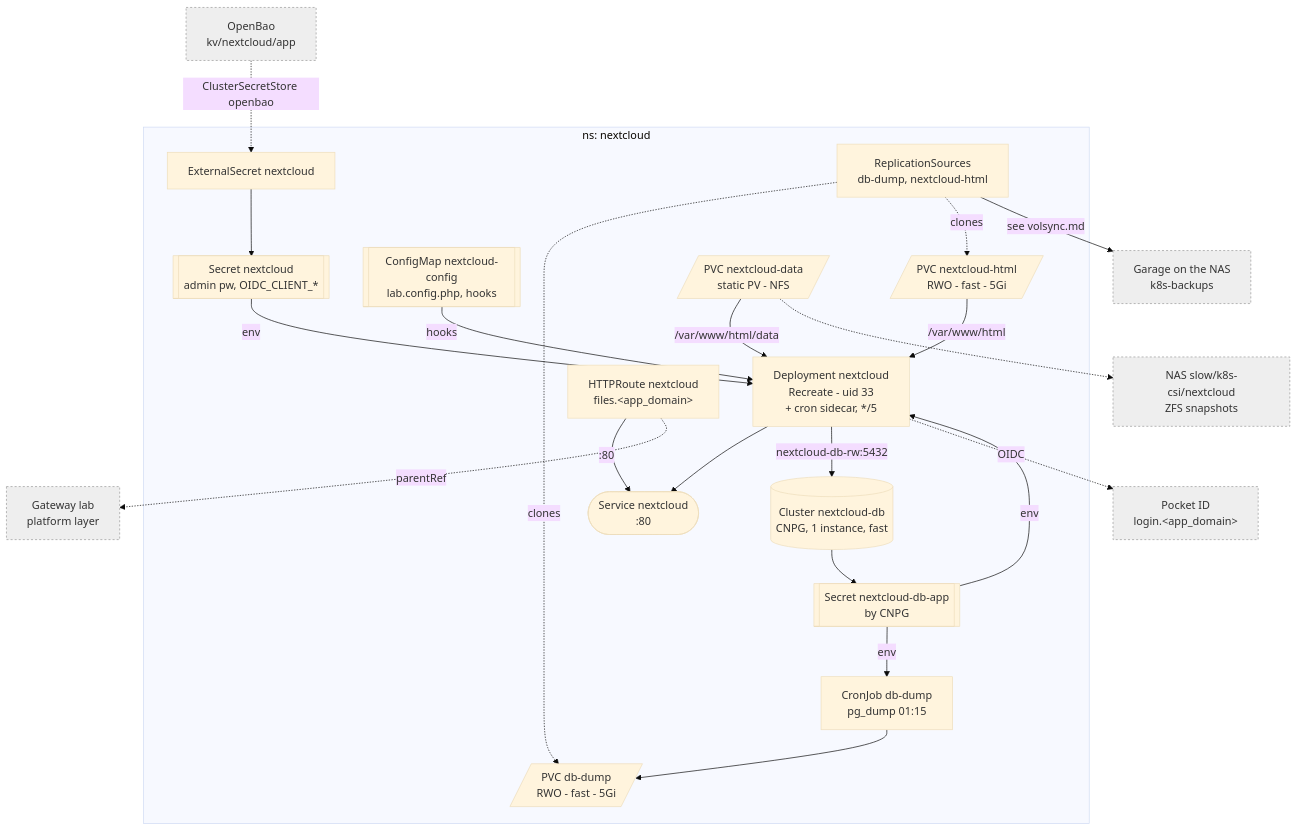
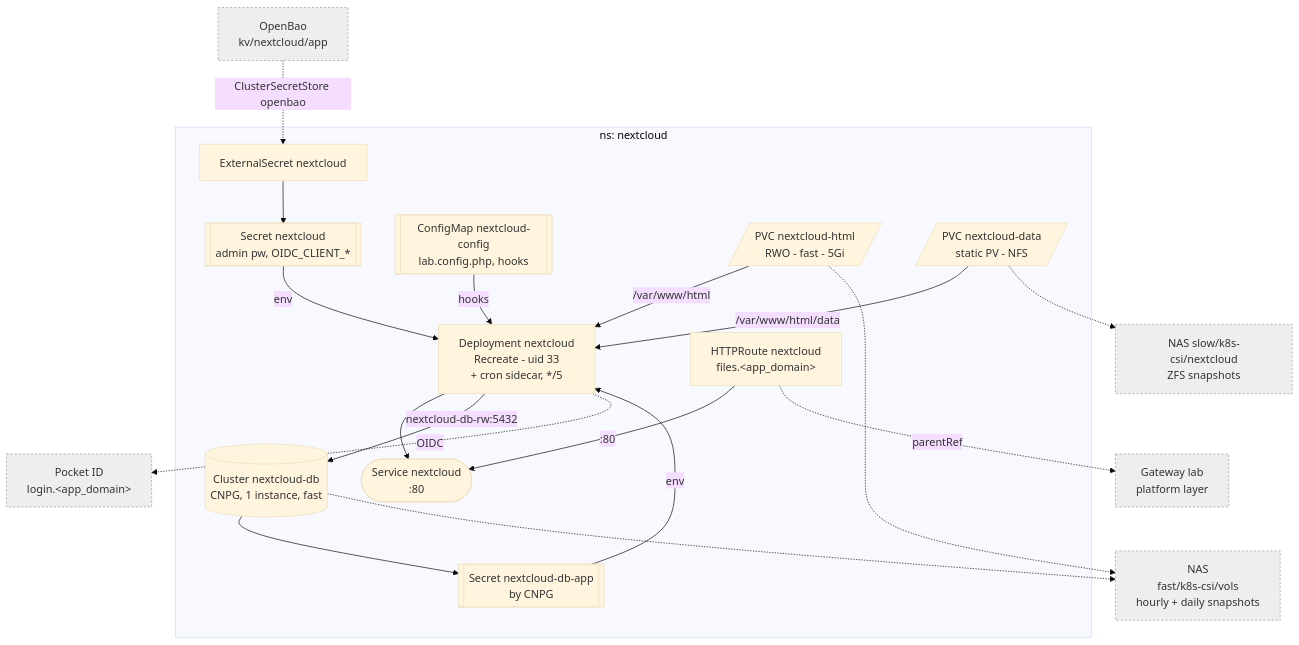
One commit to Sojamann/homelab-apps changed the diagram in docs/nextcloud.md. Above: the diagram before and after it, drawn with Mermaid (base theme). The commit also changed other lines of this file and 38 other files, not shown here.

Commit message:
feat(backups): replace VolSync with NAS ZFS snapshots and replication

````diff
--- a/docs/nextcloud.md
+++ b/docs/nextcloud.md
@@ -7,30 +7,28 @@
 ```mermaid
 graph TD
   subgraph nc["ns: nextcloud"]
     ES["ExternalSecret nextcloud"] --> SEC[["Secret nextcloud<br/>admin pw, OIDC_CLIENT_*"]]
     CM[["ConfigMap nextcloud-config<br/>lab.config.php, hooks"]]
     SRV["Deployment nextcloud<br/>Recreate - uid 33<br/>+ cron sidecar, */5"]
     SVC(["Service nextcloud<br/>:80"])
     SRV --> SVC
     SEC -->|env| SRV
     CM -->|hooks| SRV
     HTML[/"PVC nextcloud-html<br/>RWO - fast - 5Gi"/] -->|/var/www/html| SRV
     DATA[/"PVC nextcloud-data<br/>static PV - NFS"/] -->|/var/www/html/data| SRV
     DB[("Cluster nextcloud-db<br/>CNPG, 1 instance, fast")]
     DBS[["Secret nextcloud-db-app<br/>by CNPG"]]
-    DB --> DBS -->|env| SRV & DUMP
+    DB --> DBS -->|env| SRV
     SRV -->|nextcloud-db-rw:5432| DB
-    DUMP["CronJob db-dump<br/>pg_dump 01:15"] --> DUMPV[/"PVC db-dump<br/>RWO - fast - 5Gi"/]
-    RS["ReplicationSources<br/>db-dump, nextcloud-html"] -.->|clones| DUMPV & HTML
     HR["HTTPRoute nextcloud<br/>files.&lt;app_domain&gt;"] -->|:80| SVC
   end
 
   HR -.->|parentRef| GW["Gateway lab<br/>platform layer"]
   BAO["OpenBao<br/>kv/nextcloud/app"] -.->|ClusterSecretStore openbao| ES
   SRV -.->|OIDC| PID["Pocket ID<br/>login.&lt;app_domain&gt;"]
-  RS -->|see volsync.md| GA["Garage on the NAS<br/>k8s-backups"]
+  HTML & DB -.-> SNAP["NAS<br/>fast/k8s-csi/vols<br/>hourly + daily snapshots"]
   DATA -.-> NAS["NAS slow/k8s-csi/nextcloud<br/>ZFS snapshots"]
 
   classDef ext fill:#eee,stroke:#999,stroke-dasharray:3 3;
-  class GW,BAO,PID,GA,NAS ext;
+  class GW,BAO,PID,SNAP,NAS ext;
 ```
````
